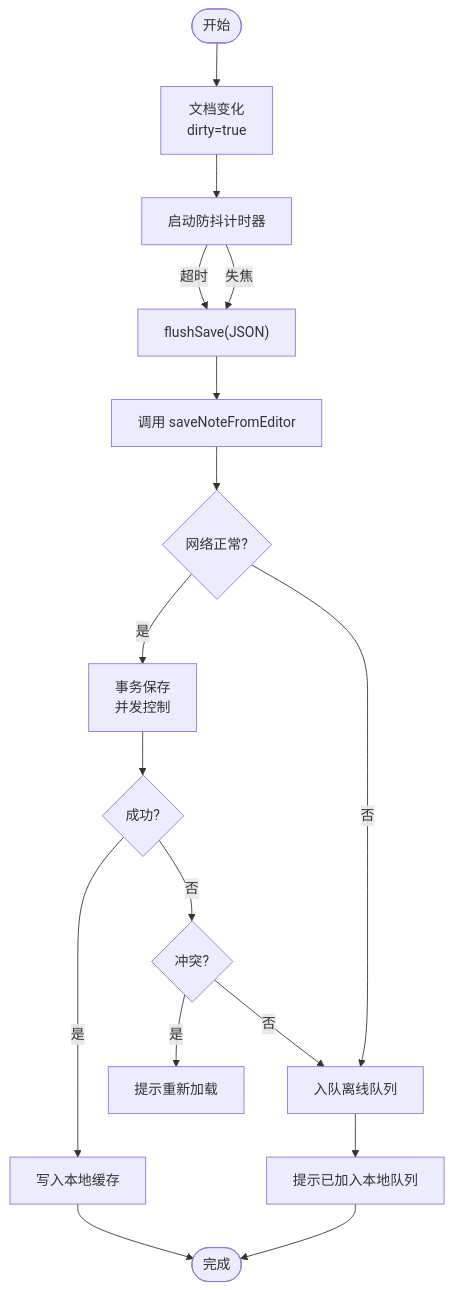
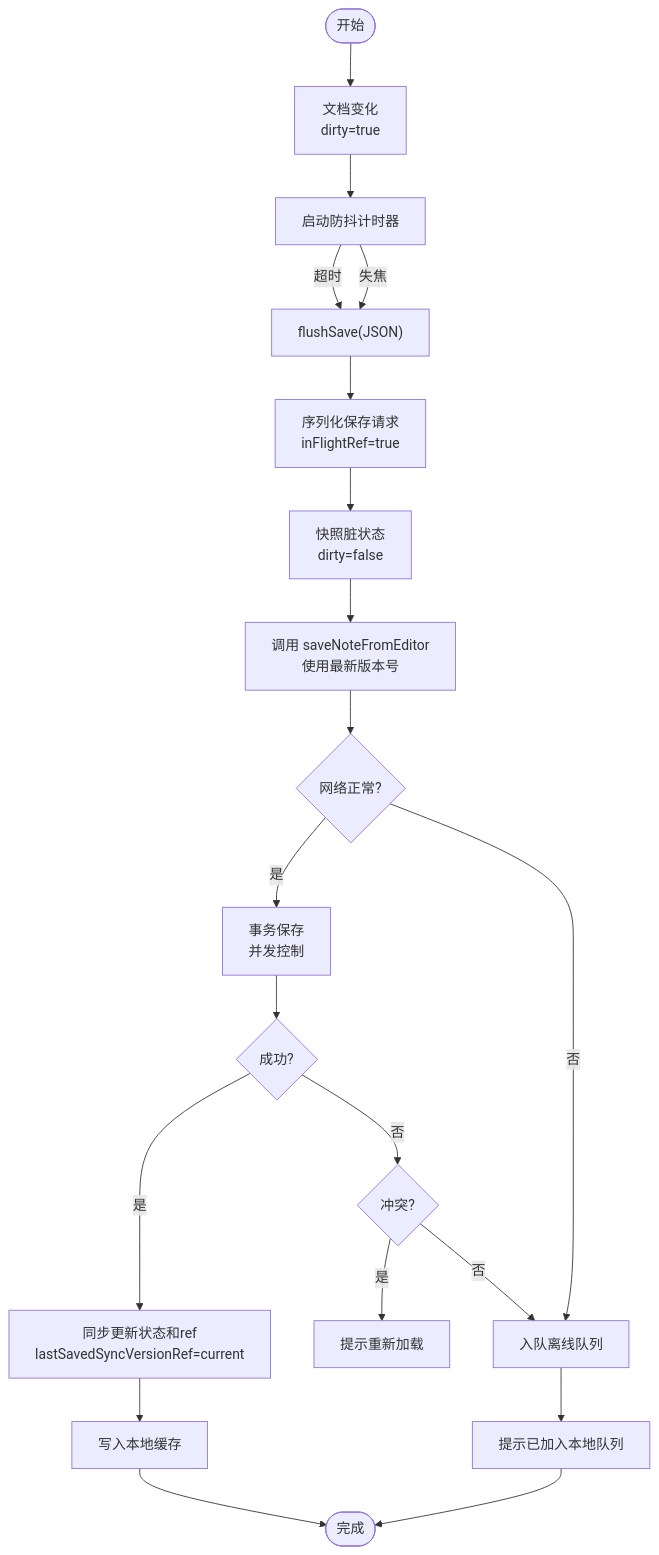
Before and after one commit to qiuziGirl/smart-todo: the fourth of 6 diagrams in .qoder/repowiki/zh/content/便签管理系统/富文本编辑器.md, drawn with Mermaid. The commit also changed other lines of this file and 8 other files, not shown here.

````diff
--- a/.qoder/repowiki/zh/content/便签管理系统/富文本编辑器.md
+++ b/.qoder/repowiki/zh/content/便签管理系统/富文本编辑器.md
@@ -204,19 +257,22 @@
 ```mermaid
 flowchart TD
 Start(["开始"]) --> OnUpdate["文档变化<br/>dirty=true"]
 OnUpdate --> Debounce["启动防抖计时器"]
 Debounce --> |超时| Flush["flushSave(JSON)"]
 Debounce --> |失焦| Flush
-Flush --> TrySave["调用 saveNoteFromEditor"]
+Flush --> Serialize["序列化保存请求<br/>inFlightRef=true"]
+Serialize --> Snapshot["快照脏状态<br/>dirty=false"]
+Snapshot --> TrySave["调用 saveNoteFromEditor<br/>使用最新版本号"]
 TrySave --> NetOK{"网络正常?"}
 NetOK --> |是| Tx["事务保存<br/>并发控制"]
 Tx --> Ok{"成功?"}
-Ok --> |是| Cache["写入本地缓存"]
+Ok --> |是| UpdateState["同步更新状态和ref<br/>lastSavedSyncVersionRef=current"]
+UpdateState --> Cache["写入本地缓存"]
 Cache --> Done(["完成"])
 Ok --> |否| Conflict{"冲突?"}
 Conflict --> |是| Warn["提示重新加载"]
 Conflict --> |否| Enqueue["入队离线队列"]
 NetOK --> |否| Enqueue
 Enqueue --> Toast["提示已加入本地队列"]
 Toast --> Done
 ```
````
